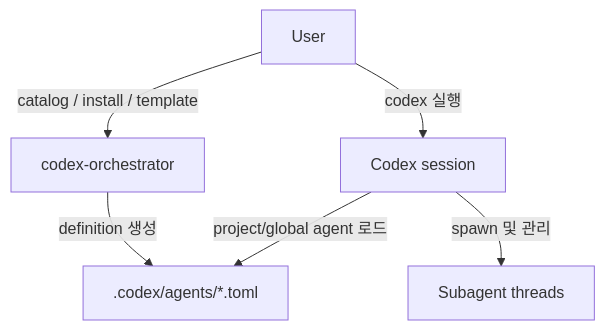
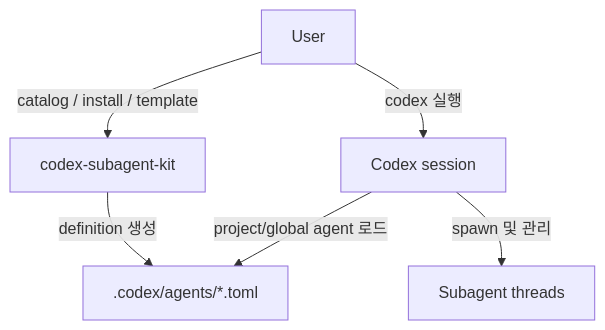
The second of 2 diagrams in docs/UNDERSTANDING_AND_WORKFLOW.ko.md (17-sss/codex-subagent-kit), drawn with Mermaid before and after one commit. The commit also changed other lines of this file and 37 other files, not shown here.

Commit message:
docs: rename product references to codex-subagent-kit

````diff
--- a/docs/UNDERSTANDING_AND_WORKFLOW.ko.md
+++ b/docs/UNDERSTANDING_AND_WORKFLOW.ko.md
@@ -67,14 +67,14 @@
 ```mermaid
 flowchart TD
     U["User"]
-    CO["codex-orchestrator"]
+    CO["codex-subagent-kit"]
     FS[".codex/agents/*.toml"]
     CX["Codex session"]
     SA["Subagent threads"]
 
     U -->|catalog / install / template| CO
     CO -->|definition 생성| FS
     U -->|codex 실행| CX
     CX -->|project/global agent 로드| FS
     CX -->|spawn 및 관리| SA
 ```
````
